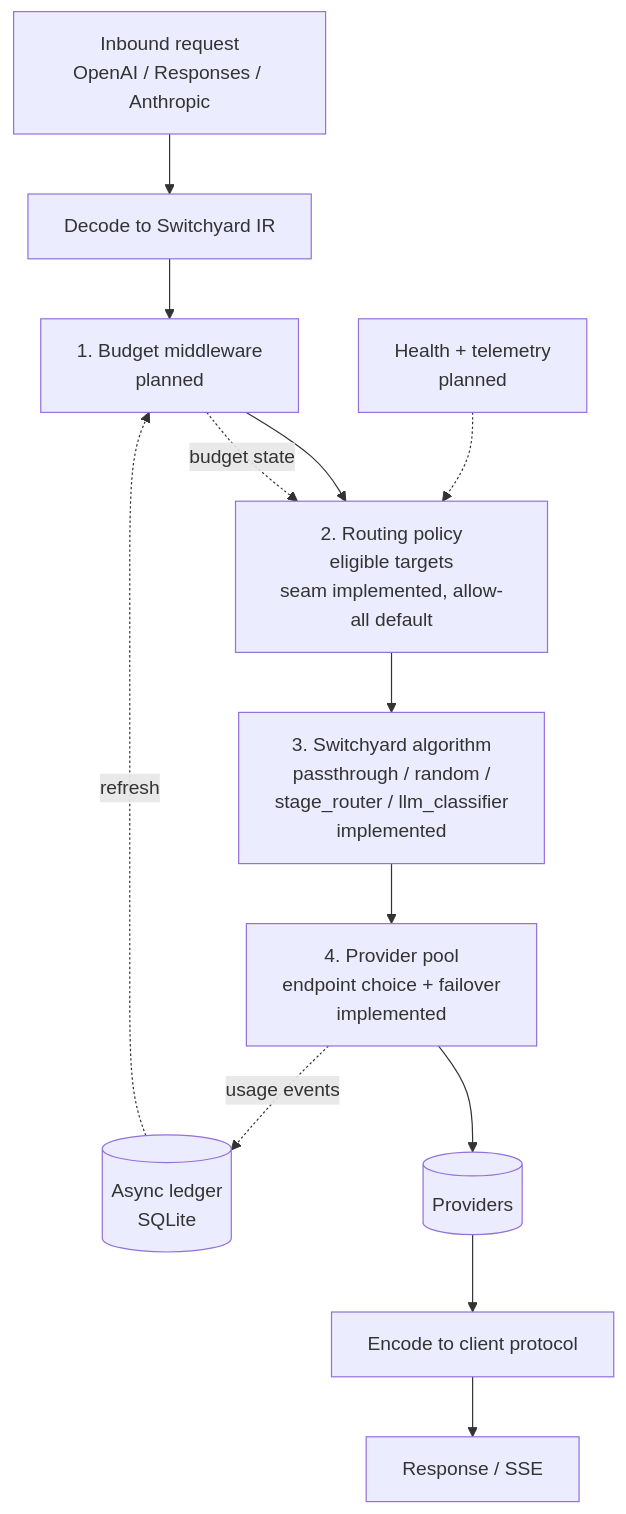
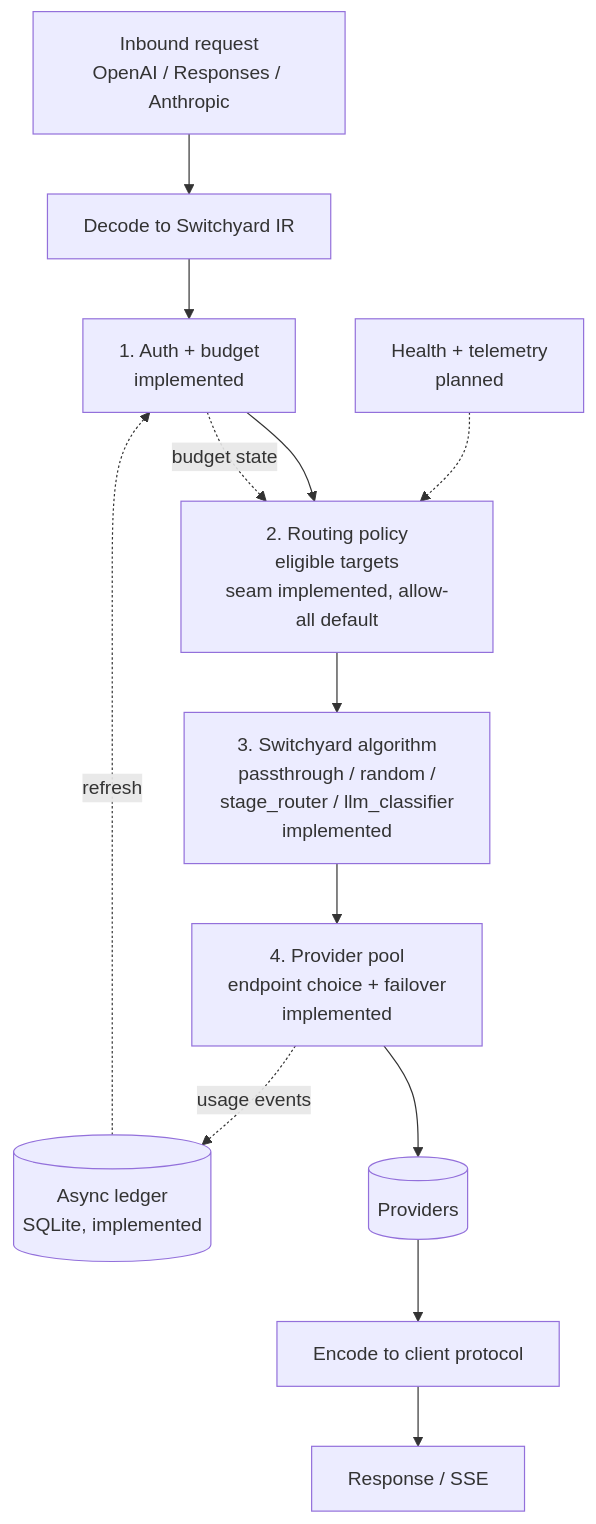
One commit to gschaetz/humpyard changed the second of 2 diagrams in docs/architecture.md. Above: the diagram before and after it, drawn with Mermaid. The commit also changed other lines of this file and 12 other files, not shown here.

````diff
--- a/docs/architecture.md
+++ b/docs/architecture.md
@@ -46,15 +58,15 @@
 ```mermaid
 flowchart TD
     IN[Inbound request<br/>OpenAI / Responses / Anthropic] --> DEC[Decode to Switchyard IR]
-    DEC --> BUD[1. Budget middleware<br/>planned]
+    DEC --> BUD[1. Auth + budget<br/>implemented]
     BUD --> POL[2. Routing policy<br/>eligible targets<br/>seam implemented, allow-all default]
     POL --> ALG[3. Switchyard algorithm<br/>passthrough / random /<br/>stage_router / llm_classifier<br/>implemented]
     ALG --> POOL[4. Provider pool<br/>endpoint choice + failover<br/>implemented]
     POOL --> UPS[(Providers)]
     UPS --> ENC[Encode to client protocol]
     ENC --> OUT[Response / SSE]
-    POOL -. usage events .-> LEDGER[(Async ledger<br/>SQLite)]
+    POOL -. usage events .-> LEDGER[(Async ledger<br/>SQLite, implemented)]
     LEDGER -. refresh .-> BUD
     HEALTH[Health + telemetry<br/>planned] -.-> POL
     BUD -. budget state .-> POL
 ```
````
